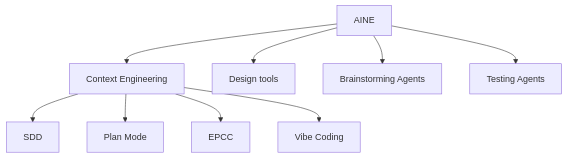
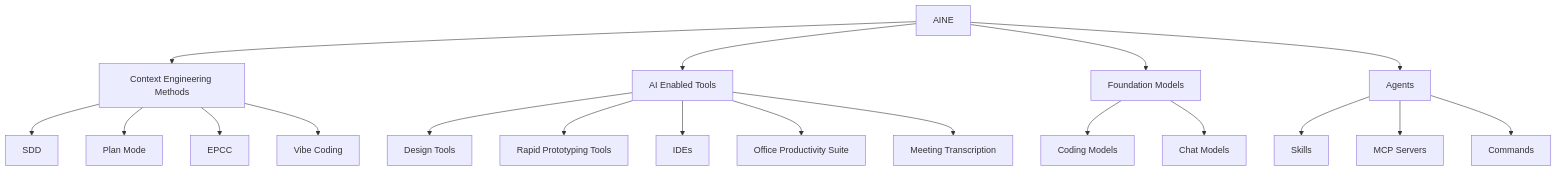
One commit to nearform/aine-ref-arch changed the diagram in README.md. Above: the diagram before and after it, drawn with Mermaid. The commit also changed other lines of this file, not shown here.

Commit message:
Taxonomy improvements & other tweaks

````diff
--- a/README.md
+++ b/README.md
@@ -9,14 +9,26 @@
 ```mermaid
 graph TD
   AINE[AINE]
 
-  AINE --> CE[Context Engineering]
-  AINE --> DT[Design tools]
-  AINE --> BA[Brainstorming Agents]
-  AINE --> TA[Testing Agents]
+  AINE --> CE[Context Engineering Methods]
+  AINE --> DT[AI Enabled Tools]
+  AINE --> FM[Foundation Models]
+  AINE --> AG[Agents]
 
   CE --> SDD[SDD]
   CE --> PM[Plan Mode]
   CE --> EPCC[EPCC]
   CE --> VC[Vibe Coding]
+
+  DT --> DST[Design Tools]
+  DT --> RT[Rapid Prototyping Tools]
+  DT --> IDE[IDEs]
+  DT --> OP[Office Productivity Suite]
+  DT --> MT[Meeting Transcription]
+  FM --> CM[Coding Models]
+  FM --> CS[Chat Models]
+
+  AG --> SK[Skills]
+  AG --> MC[MCP Servers]
+  AG --> AC[Commands]
 ```
````
